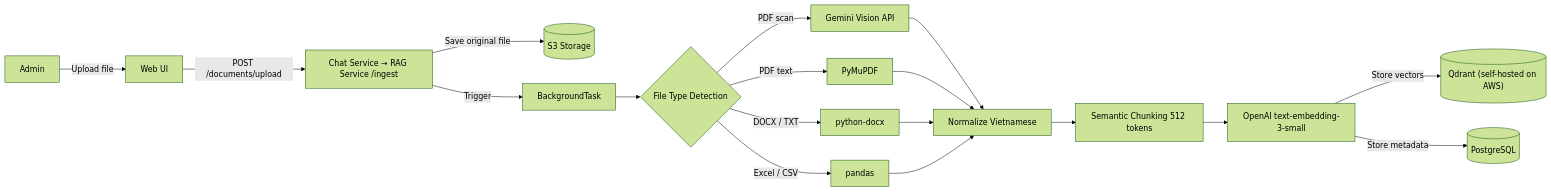
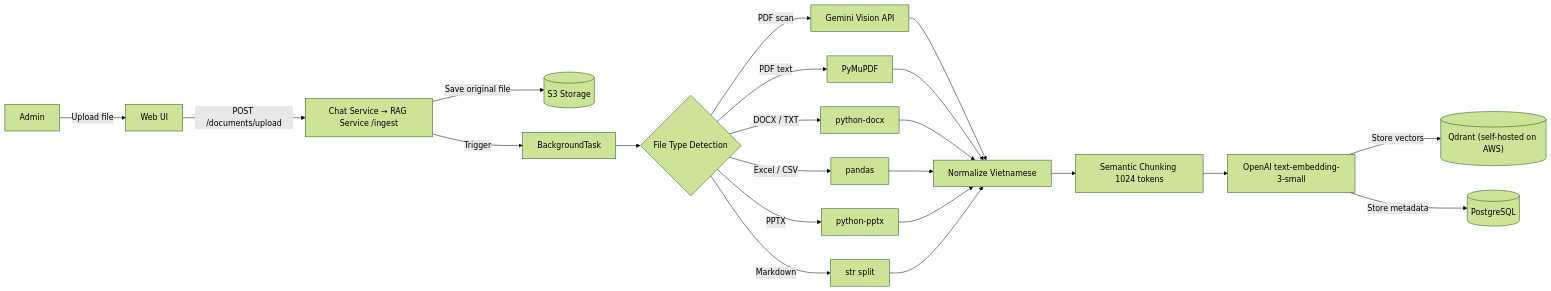
One commit to cds0987/DA08-VSF-AI changed the second of 4 diagrams in docs/SA_RAG_Chatbot_Final.md. Above: the diagram before and after it, drawn with Mermaid (forest theme). The commit also changed other lines of this file and 7 other files, not shown here.

````diff
--- a/docs/SA_RAG_Chatbot_Final.md
+++ b/docs/SA_RAG_Chatbot_Final.md
@@ -204,23 +203,27 @@
 ```mermaid
 graph LR
     ADM["Admin"] -->|Upload file| UI["Web UI"]
     UI -->|POST /documents/upload| API["Chat Service → RAG Service /ingest"]
     API -->|Save original file| S3[("S3 Storage")]
     API -->|Trigger| BG["BackgroundTask"]
 
     BG --> DET{"File Type Detection"}
     DET -->|PDF scan| GEM["Gemini Vision API"]
     DET -->|PDF text| MU["PyMuPDF"]
     DET -->|DOCX / TXT| DC["python-docx"]
     DET -->|Excel / CSV| PD["pandas"]
+    DET -->|PPTX| PP["python-pptx"]
+    DET -->|Markdown| MD["str split"]
 
     GEM --> NORM["Normalize Vietnamese"]
     MU --> NORM
     DC --> NORM
     PD --> NORM
+    PP --> NORM
+    MD --> NORM
 
-    NORM --> CHUNK["Semantic Chunking 512 tokens"]
+    NORM --> CHUNK["Semantic Chunking 1024 tokens"]
     CHUNK --> EMBED["OpenAI text-embedding-3-small"]
     EMBED -->|Store vectors| QD[("Qdrant (self-hosted on AWS)")]
     EMBED -->|Store metadata| PGM[("PostgreSQL")]
 ```
````
